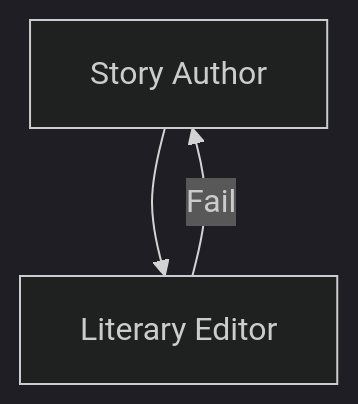
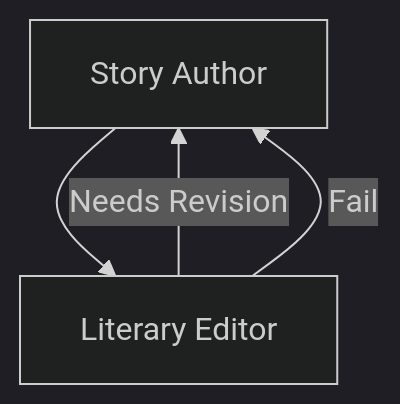
One commit to APAF-bioinformatics/HydraR changed the third of 3 diagrams in docs/articles/story_teller.md. Above: the diagram before and after it, drawn with Mermaid (dark theme). The commit also changed other lines of this file and 145 other files, not shown here.

````diff
--- a/docs/articles/story_teller.md
+++ b/docs/articles/story_teller.md
@@ -125,7 +133,8 @@
 ``` mermaid
 graph TD
   Writer["Story Author"]
   Reviewer["Literary Editor"]
   Writer --> Reviewer
+  Reviewer -- Needs Revision --> Writer
   Reviewer -- Fail --> Writer
 ```
````
